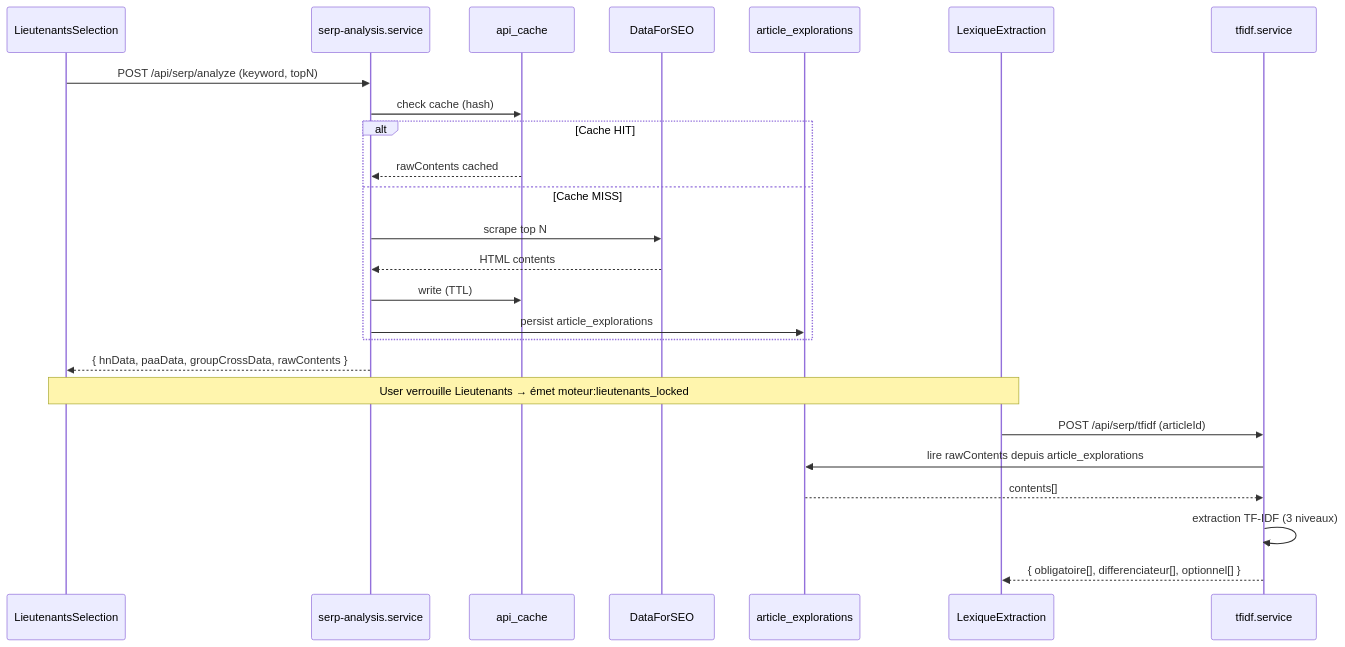
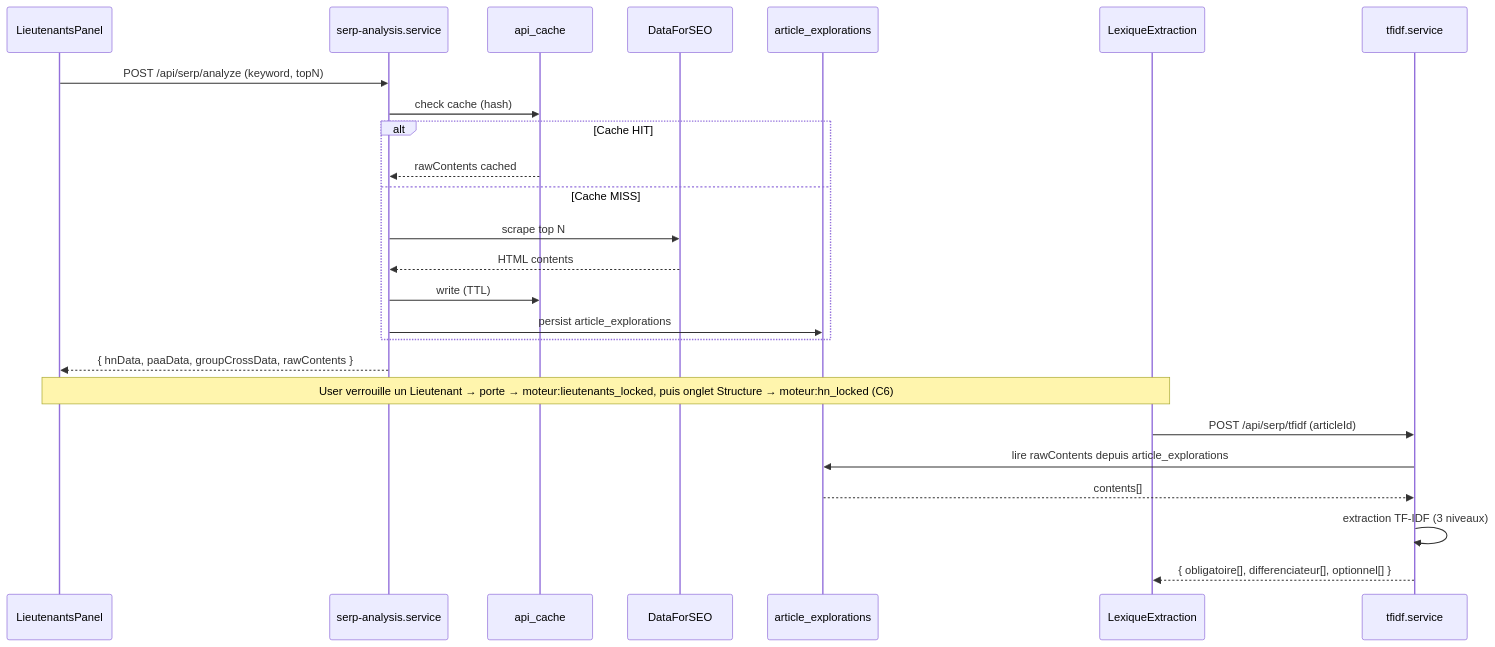
Diagram 13 of 25 in docs/ARCHITECTURE_FLOWS.md (annubis-knight/Blog_Redactor_SEO), drawn with Mermaid before and after one commit. The commit also changed other lines of this file and 11 other files, not shown here.

First line of the commit message:
docs: l'onglet Structure versé au PRD, au registre et à l'épopée

````diff
--- a/docs/ARCHITECTURE_FLOWS.md
+++ b/docs/ARCHITECTURE_FLOWS.md
@@ -607,30 +615,30 @@
 ```mermaid
 sequenceDiagram
-    participant LT as LieutenantsSelection
+    participant LT as LieutenantsPanel
     participant SerpSvc as serp-analysis.service
     participant Cache as api_cache
     participant DFSEO as DataForSEO
     participant PG as article_explorations
     participant LEX as LexiqueExtraction
     participant TfidfSvc as tfidf.service
 
     LT->>SerpSvc: POST /api/serp/analyze (keyword, topN)
     SerpSvc->>Cache: check cache (hash)
     alt Cache HIT
         Cache-->>SerpSvc: rawContents cached
     else Cache MISS
         SerpSvc->>DFSEO: scrape top N
         DFSEO-->>SerpSvc: HTML contents
         SerpSvc->>Cache: write (TTL)
         SerpSvc->>PG: persist article_explorations
     end
     SerpSvc-->>LT: { hnData, paaData, groupCrossData, rawContents }
 
-    Note over LT,LEX: User verrouille Lieutenants → émet moteur:lieutenants_locked
+    Note over LT,LEX: User verrouille un Lieutenant → porte → moteur:lieutenants_locked, puis onglet Structure → moteur:hn_locked (C6)
 
     LEX->>TfidfSvc: POST /api/serp/tfidf (articleId)
     TfidfSvc->>PG: lire rawContents depuis article_explorations
     PG-->>TfidfSvc: contents[]
     TfidfSvc->>TfidfSvc: extraction TF-IDF (3 niveaux)
     TfidfSvc-->>LEX: { obligatoire[], differenciateur[], optionnel[] }
 ```
````
